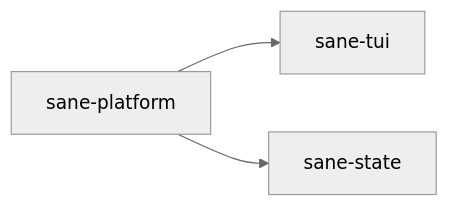
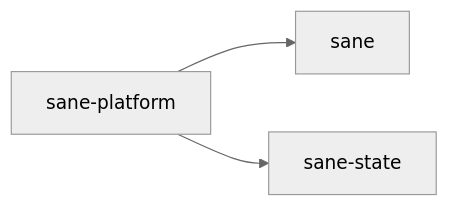
Before and after one commit to lammersbjorn/sane: the diagram in crates/sane-platform/README.md, drawn with Mermaid (neutral theme). The commit also changed other lines of this file and 14 other files, not shown here.

````diff
--- a/crates/sane-platform/README.md
+++ b/crates/sane-platform/README.md
@@ -27,5 +46,5 @@
 ```mermaid
 flowchart LR
-    P["sane-platform"] --> T["sane-tui"]
+    P["sane-platform"] --> T["sane"]
     P --> S["sane-state"]
 ```
````
